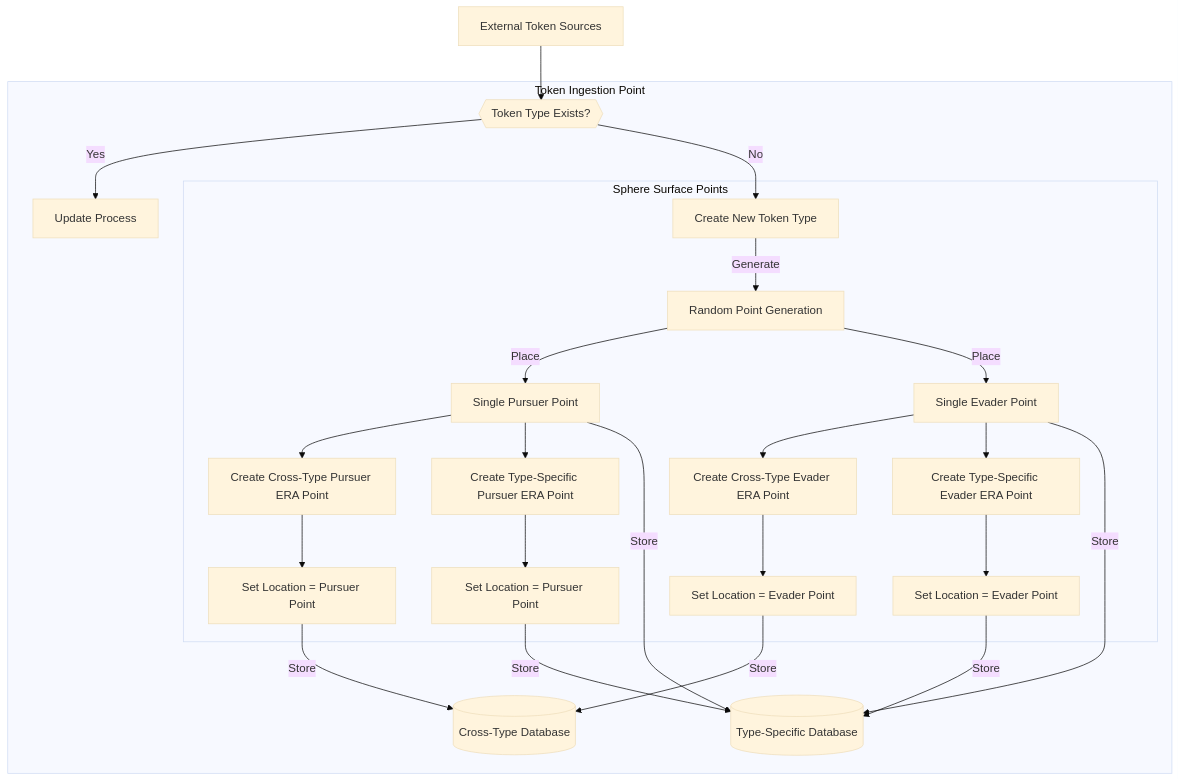
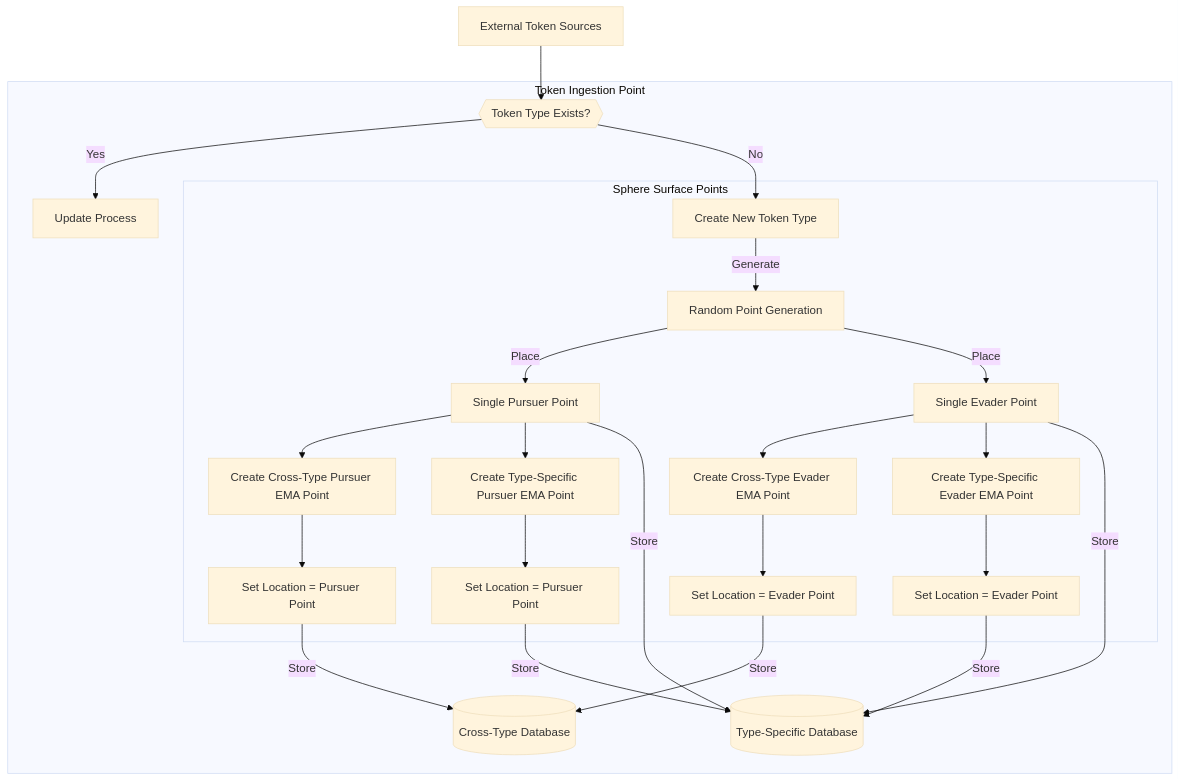
Before and after one commit to mattferrin/mattferrin: the second of 8 diagrams in README.md, drawn with Mermaid (base theme). The commit also changed other lines of this file, not shown here.

````diff
--- a/README.md
+++ b/README.md
@@ -31,53 +31,53 @@
 ```mermaid
 graph TD;
     ExternalSources["External Token Sources"]
     
     subgraph "Token Ingestion Point"
         TokenCheck{{"Token Type Exists?"}}
         UpdateProcess["Update Process"]
         CreateToken["Create New Token Type"]
         
         TokenCheck -->|Yes| UpdateProcess
         TokenCheck -->|No| CreateToken
 
         subgraph "Sphere Surface Points"
             SphereCreate["Random Point Generation"]
             NewPursuerPoint["Single Pursuer Point"]
             NewEvaderPoint["Single Evader Point"]
             
             CreateToken -->|Generate| SphereCreate
             SphereCreate -->|Place| NewPursuerPoint
             SphereCreate -->|Place| NewEvaderPoint
 
-            CreateCrossEvaderERA["Create Cross-Type Evader ERA Point"]
+            CreateCrossEvaderEMA["Create Cross-Type Evader EMA Point"]
             SetCrossEvaderLocation["Set Location = Evader Point"]
-            CreateCrossPursuerERA["Create Cross-Type Pursuer ERA Point"]
+            CreateCrossPursuerEMA["Create Cross-Type Pursuer EMA Point"]
             SetCrossPursuerLocation["Set Location = Pursuer Point"]
-            CreateTypeEvaderERA["Create Type-Specific Evader ERA Point"]
+            CreateTypeEvaderEMA["Create Type-Specific Evader EMA Point"]
             SetTypeEvaderLocation["Set Location = Evader Point"]
-            CreateTypePursuerERA["Create Type-Specific Pursuer ERA Point"]
+            CreateTypePursuerEMA["Create Type-Specific Pursuer EMA Point"]
             SetTypePursuerLocation["Set Location = Pursuer Point"]
 
-            NewEvaderPoint --> CreateCrossEvaderERA
-            CreateCrossEvaderERA --> SetCrossEvaderLocation
-            NewPursuerPoint --> CreateCrossPursuerERA
-            CreateCrossPursuerERA --> SetCrossPursuerLocation
-            NewEvaderPoint --> CreateTypeEvaderERA
-            CreateTypeEvaderERA --> SetTypeEvaderLocation
-            NewPursuerPoint --> CreateTypePursuerERA
-            CreateTypePursuerERA --> SetTypePursuerLocation
+            NewEvaderPoint --> CreateCrossEvaderEMA
+            CreateCrossEvaderEMA --> SetCrossEvaderLocation
+            NewPursuerPoint --> CreateCrossPursuerEMA
+            CreateCrossPursuerEMA --> SetCrossPursuerLocation
+            NewEvaderPoint --> CreateTypeEvaderEMA
+            CreateTypeEvaderEMA --> SetTypeEvaderLocation
+            NewPursuerPoint --> CreateTypePursuerEMA
+            CreateTypePursuerEMA --> SetTypePursuerLocation
         end
 
         CrossTypeDB[(Cross-Type Database)]
         TypeSpecificDB[(Type-Specific Database)]
         
         NewPursuerPoint -->|Store| TypeSpecificDB
         NewEvaderPoint -->|Store| TypeSpecificDB
         SetCrossEvaderLocation -->|Store| CrossTypeDB
         SetCrossPursuerLocation -->|Store| CrossTypeDB
         SetTypeEvaderLocation -->|Store| TypeSpecificDB
         SetTypePursuerLocation -->|Store| TypeSpecificDB
     end
 
     ExternalSources --> TokenCheck
 ```
````
